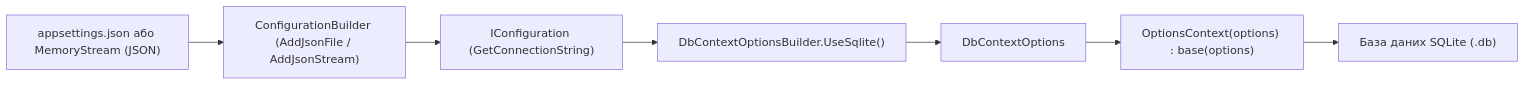
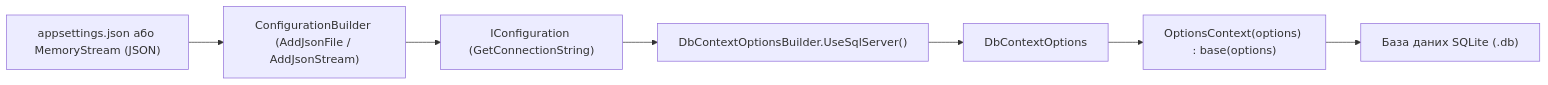
One commit to MrTomkaYurii/EFCore-Console-Mastery changed the diagram in Docs/01_Introduction/1_06_ConnectionConfiguration.md. Above: the diagram before and after it, drawn with Mermaid. The commit also changed other lines of this file and 90 other files, not shown here.

Commit message:
Migrate solution to MS SQL Server (Docker/LocalDB), add shared MasteryDbContext, native T-SQL features, and comprehensive README

````diff
--- a/Docs/01_Introduction/1_06_ConnectionConfiguration.md
+++ b/Docs/01_Introduction/1_06_ConnectionConfiguration.md
@@ -102,17 +102,17 @@
 ```mermaid
 flowchart LR
     Json["appsettings.json або MemoryStream (JSON)"]
     Builder["ConfigurationBuilder (AddJsonFile / AddJsonStream)"]
     IConfig["IConfiguration (GetConnectionString)"]
-    OptBuilder["DbContextOptionsBuilder<OptionsContext>.UseSqlite()"]
+    OptBuilder["DbContextOptionsBuilder<OptionsContext>.UseSqlServer()"]
     Options["DbContextOptions<OptionsContext>"]
     Ctx["OptionsContext(options) : base(options)"]
     DB["База даних SQLite (.db)"]
 
     Json --> Builder
     Builder --> IConfig
     IConfig --> OptBuilder
     OptBuilder --> Options
     Options --> Ctx
     Ctx --> DB
 ```
````
